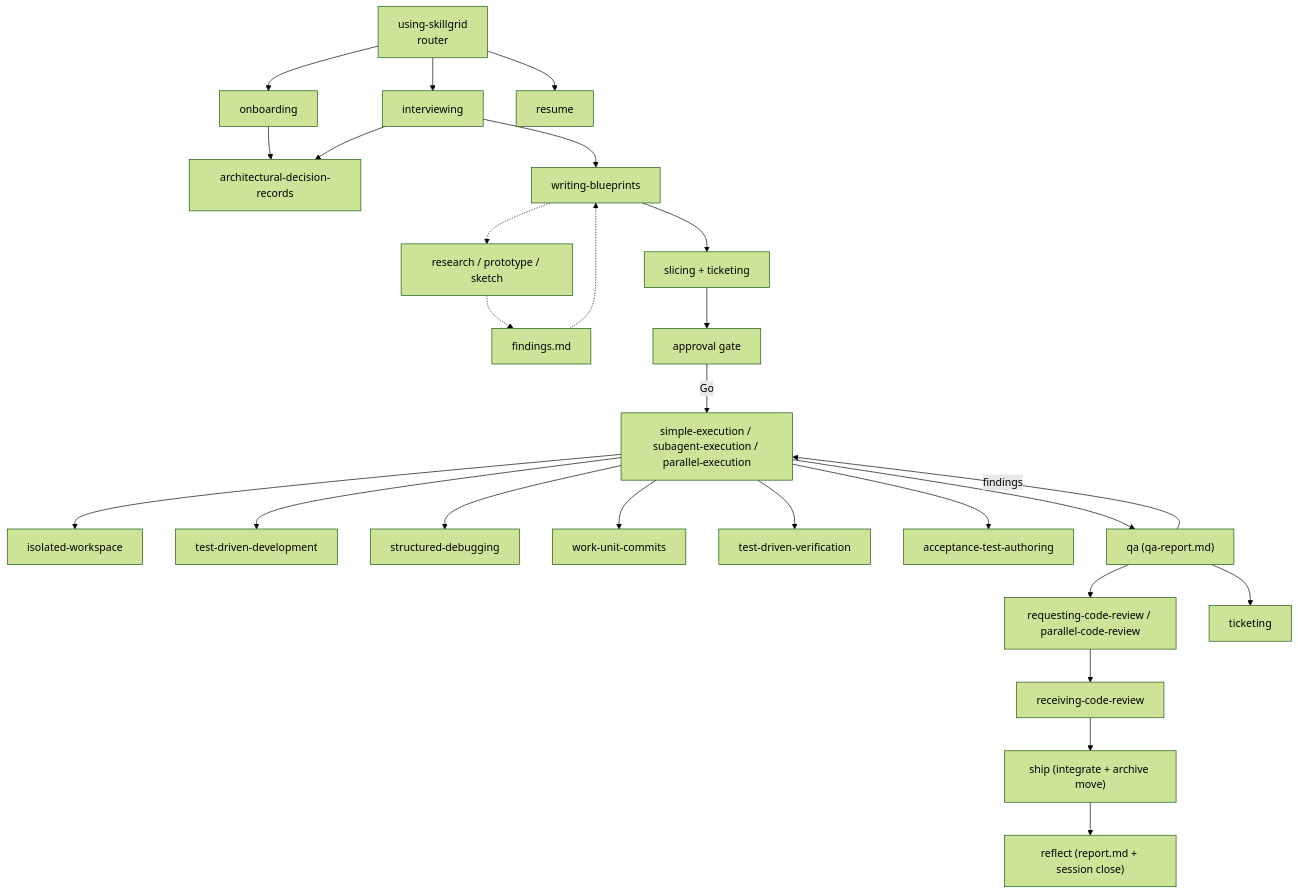
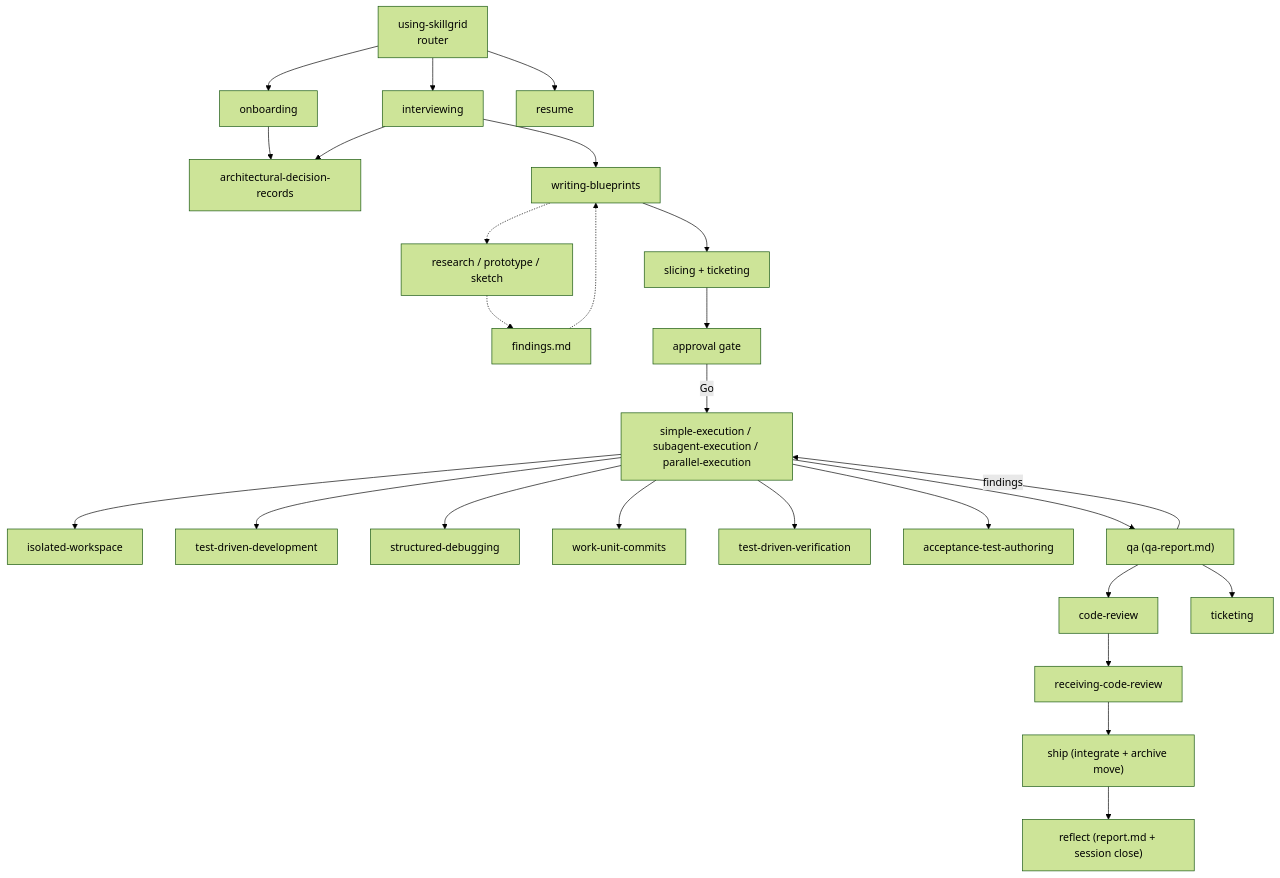
Before and after one commit to devopstales/skillgrid: the diagram in docs/user-guide/03-workflow-usage.md, drawn with Mermaid (forest theme). The commit also changed other lines of this file and 43 other files, not shown here.

````diff
--- a/docs/user-guide/03-workflow-usage.md
+++ b/docs/user-guide/03-workflow-usage.md
@@ -46,34 +46,34 @@
 ```mermaid
 flowchart TD
     entry["using-skillgrid<br/>router"] --> onboard["onboarding"]
     entry --> interview["interviewing"]
     entry --> resume["resume"]
 
     onboard --> adr["architectural-decision-records"]
 
     interview --> adr
     interview --> blueprint["writing-blueprints"]
 
     blueprint -.-> research["research / prototype / sketch"]
     research -.-> findings["findings.md"]
     findings -.-> blueprint
 
     blueprint --> slicing["slicing + ticketing"]
     slicing --> gate["approval gate"]
 
     gate -->|Go| apply["simple-execution / subagent-execution / parallel-execution"]
     apply --> isolated["isolated-workspace"]
     apply --> tdd["test-driven-development"]
     apply --> debug["structured-debugging"]
     apply --> workunits["work-unit-commits"]
     apply --> tddverif["test-driven-verification"]
     apply --> accept["acceptance-test-authoring"]
 
     apply --> qa["qa (qa-report.md)"]
-    qa --> reqreview["requesting-code-review / parallel-code-review"]
+    qa --> reqreview["code-review"]
     reqreview --> reception["receiving-code-review"]
     reception --> ship["ship (integrate + archive move)"]
     ship --> reflect["reflect (report.md + session close)"]
     qa -->|findings| apply
     qa --> ticket["ticketing"]
 ```
````
